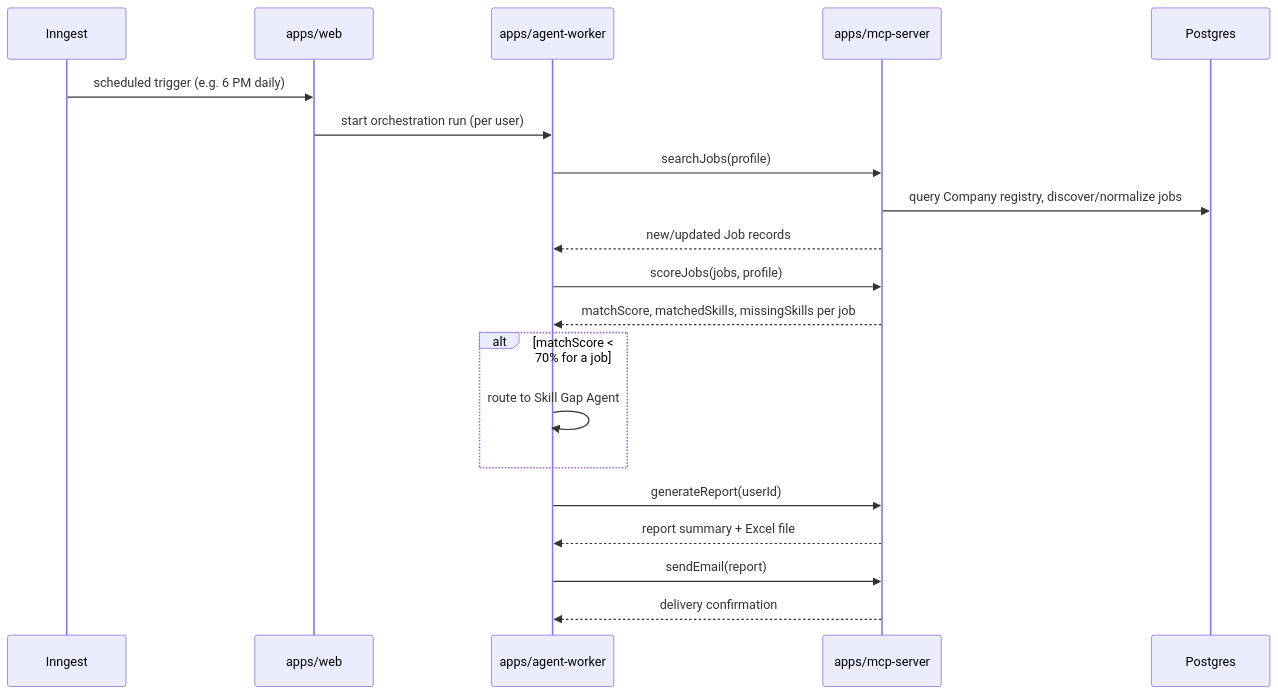
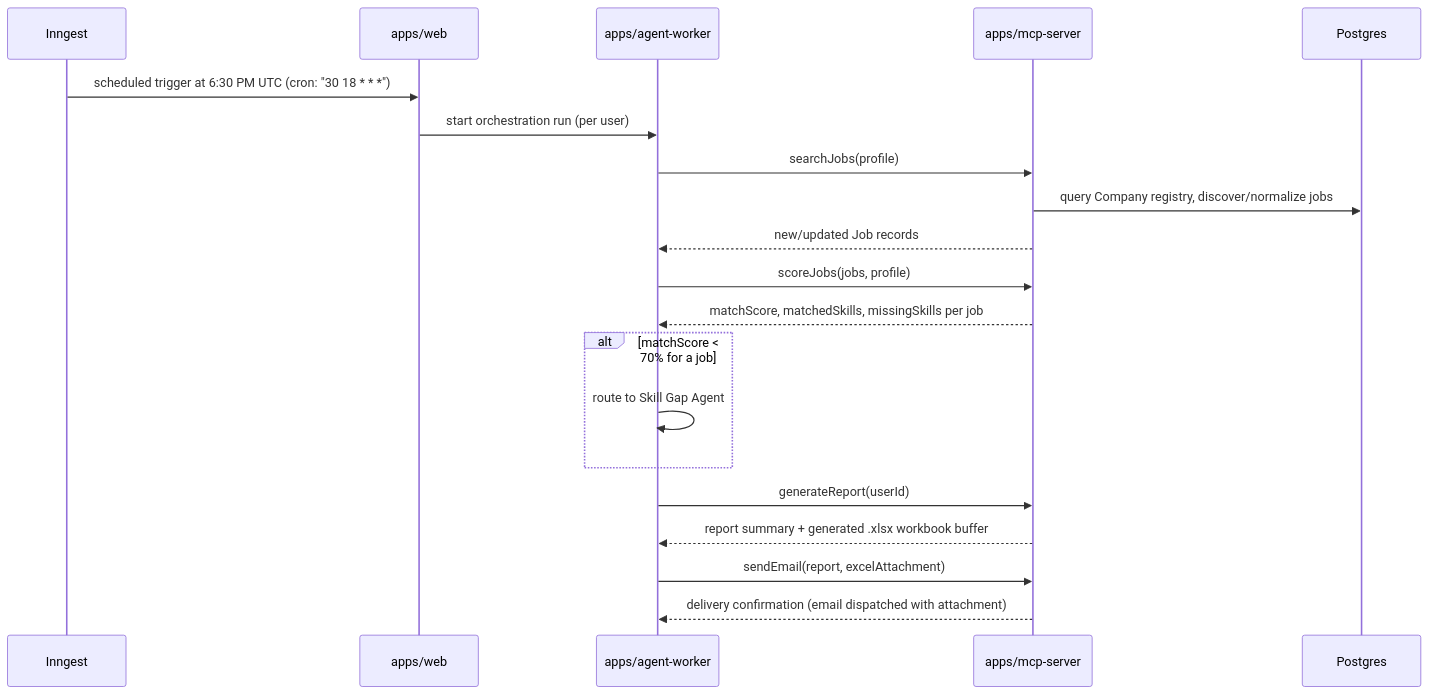
One commit to AdrishKarak/Job-intel changed the second of 2 diagrams in docs/architecture/SYSTEM_ARCHITECTURE.md. Above: the diagram before and after it, drawn with Mermaid. The commit also changed other lines of this file and 17 other files, not shown here.

````diff
--- a/docs/architecture/SYSTEM_ARCHITECTURE.md
+++ b/docs/architecture/SYSTEM_ARCHITECTURE.md
@@ -27,23 +27,23 @@
 ```mermaid
 sequenceDiagram
     participant Inngest
     participant Web as apps/web
     participant Agent as apps/agent-worker
     participant MCP as apps/mcp-server
     participant DB as Postgres
 
-    Inngest->>Web: scheduled trigger (e.g. 6 PM daily)
+    Inngest->>Web: scheduled trigger at 6:30 PM UTC (cron: "30 18 * * *")
     Web->>Agent: start orchestration run (per user)
     Agent->>MCP: searchJobs(profile)
     MCP->>DB: query Company registry, discover/normalize jobs
     MCP-->>Agent: new/updated Job records
     Agent->>MCP: scoreJobs(jobs, profile)
     MCP-->>Agent: matchScore, matchedSkills, missingSkills per job
     alt matchScore < 70% for a job
         Agent->>Agent: route to Skill Gap Agent
     end
     Agent->>MCP: generateReport(userId)
-    MCP-->>Agent: report summary + Excel file
-    Agent->>MCP: sendEmail(report)
-    MCP-->>Agent: delivery confirmation
+    MCP-->>Agent: report summary + generated .xlsx workbook buffer
+    Agent->>MCP: sendEmail(report, excelAttachment)
+    MCP-->>Agent: delivery confirmation (email dispatched with attachment)
 ```
````
